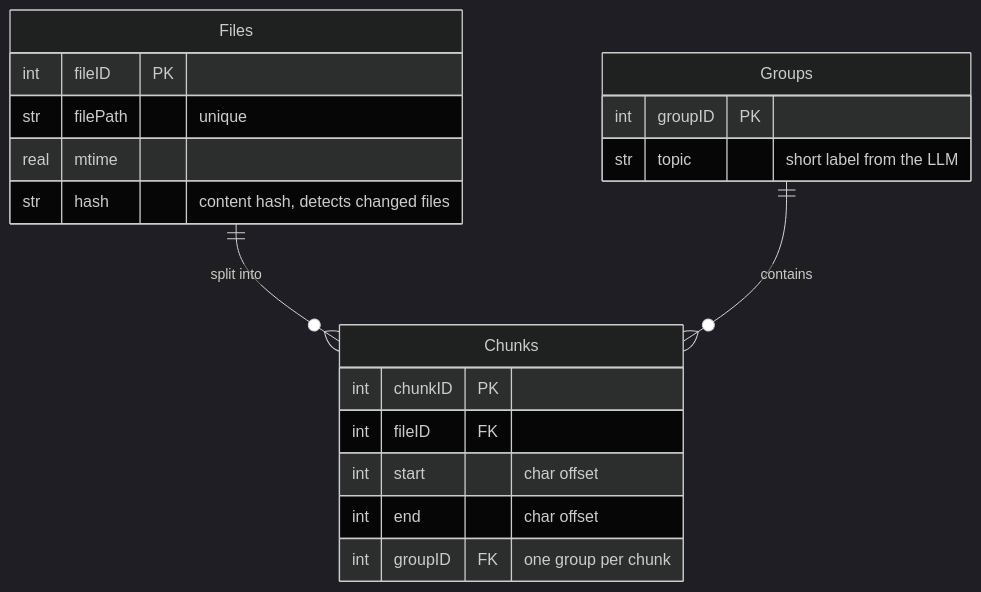
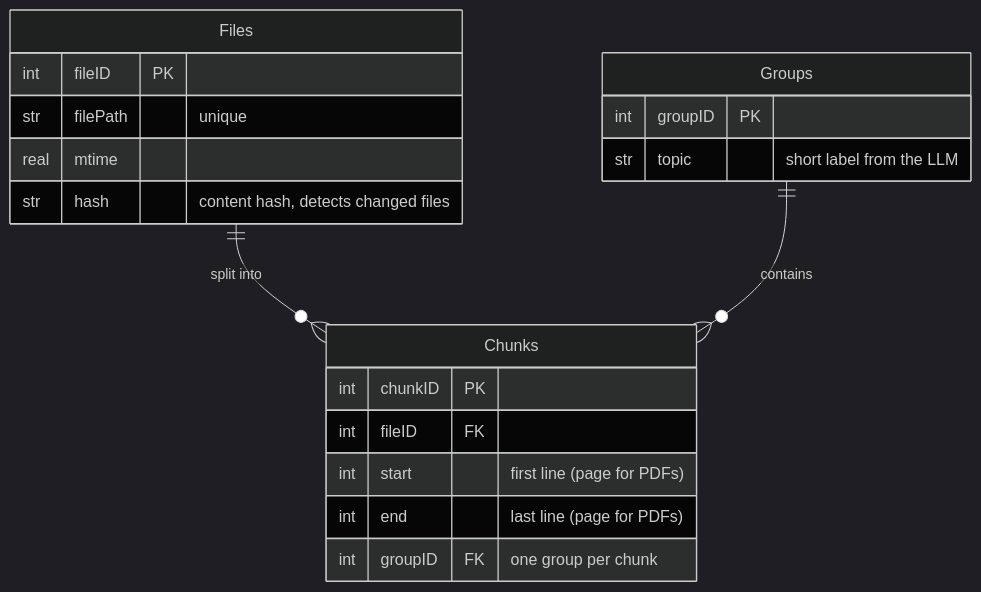
Before and after one commit to lynngoh7/pfizer-newpage-hackathon: the diagram in docs/DB_DESIGN.md, drawn with Mermaid (dark theme). The commit also changed other lines of this file, not shown here.

Commit message:
docs(db): store chunk start/end as line numbers (pages for PDFs)

````diff
--- a/docs/DB_DESIGN.md
+++ b/docs/DB_DESIGN.md
@@ -10,23 +10,23 @@
 ```mermaid
 erDiagram
     Files  ||--o{ Chunks : "split into"
     Groups ||--o{ Chunks : "contains"
 
     Files {
         int  fileID PK
         str  filePath "unique"
         real mtime
         str  hash "content hash, detects changed files"
     }
     Chunks {
         int chunkID PK
         int fileID FK
-        int start "char offset"
-        int end   "char offset"
+        int start "first line (page for PDFs)"
+        int end   "last line (page for PDFs)"
         int groupID FK "one group per chunk"
     }
     Groups {
         int groupID PK
         str topic "short label from the LLM"
     }
 ```
````
